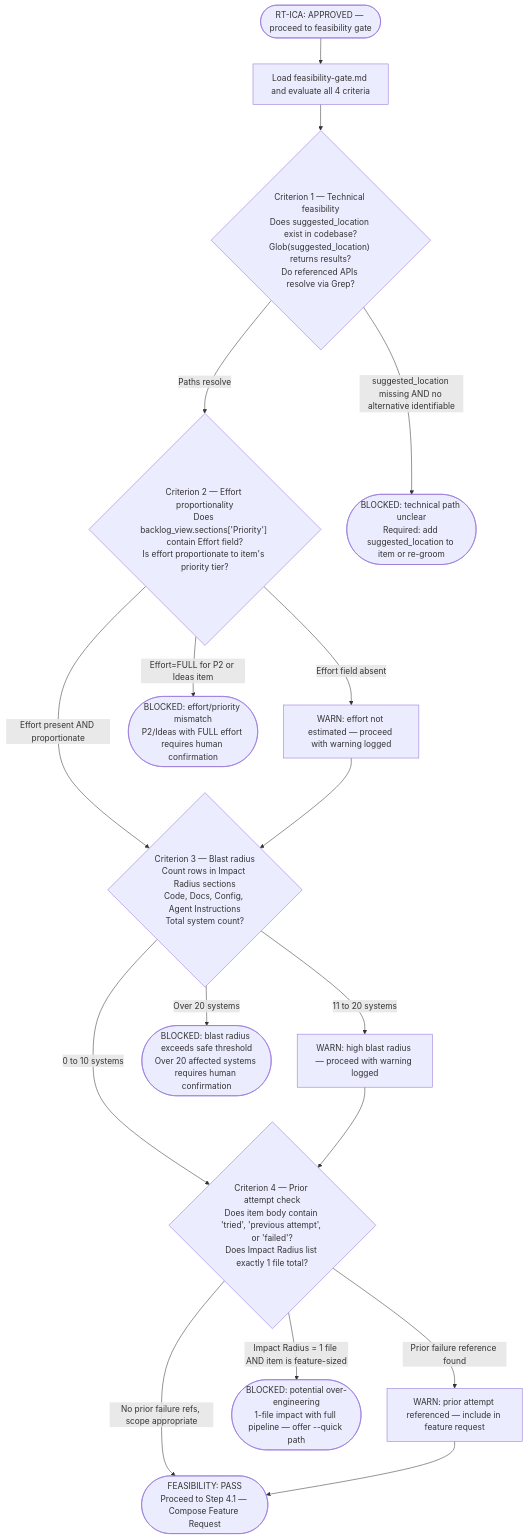
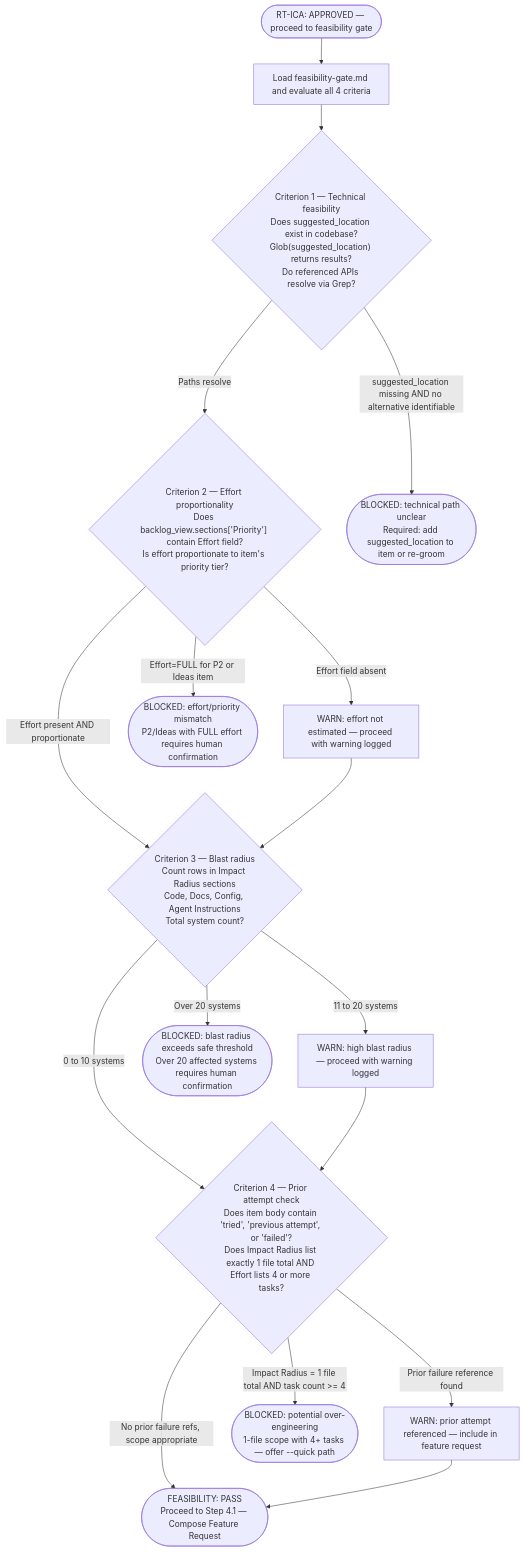
Before and after one commit to chgreer1070/claude_skills: the diagram in plugins/development-harness/skills/work-backlog-item/references/feasibility-gate.md, drawn with Mermaid. The commit also changed other lines of this file and 11 other files, not shown here.

````diff
--- a/plugins/development-harness/skills/work-backlog-item/references/feasibility-gate.md
+++ b/plugins/development-harness/skills/work-backlog-item/references/feasibility-gate.md
@@ -15,26 +15,26 @@
 ```mermaid
 flowchart TD
     RTICAPass(["RT-ICA: APPROVED — proceed to feasibility gate"]) --> Load["Load feasibility-gate.md and evaluate all 4 criteria"]
 
     Load --> C1{"Criterion 1 — Technical feasibility<br>Does suggested_location exist in codebase?<br>Glob(suggested_location) returns results?<br>Do referenced APIs resolve via Grep?"}
     C1 -->|"Paths resolve"| C2
     C1 -->|"suggested_location missing AND no alternative identifiable"| FBlock1(["BLOCKED: technical path unclear<br>Required: add suggested_location to item or re-groom"])
 
     C2{"Criterion 2 — Effort proportionality<br>Does backlog_view.sections['Priority'] contain Effort field?<br>Is effort proportionate to item's priority tier?"}
     C2 -->|"Effort present AND proportionate"| C3
     C2 -->|"Effort field absent"| EffortWarn["WARN: effort not estimated — proceed with warning logged"]
     C2 -->|"Effort=FULL for P2 or Ideas item"| FBlock2(["BLOCKED: effort/priority mismatch<br>P2/Ideas with FULL effort requires human confirmation"])
     EffortWarn --> C3
 
     C3{"Criterion 3 — Blast radius<br>Count rows in Impact Radius sections<br>Code, Docs, Config, Agent Instructions<br>Total system count?"}
     C3 -->|"0 to 10 systems"| C4
     C3 -->|"11 to 20 systems"| RiskWarn["WARN: high blast radius — proceed with warning logged"]
     C3 -->|"Over 20 systems"| FBlock3(["BLOCKED: blast radius exceeds safe threshold<br>Over 20 affected systems requires human confirmation"])
     RiskWarn --> C4
 
-    C4{"Criterion 4 — Prior attempt check<br>Does item body contain 'tried', 'previous attempt', or 'failed'?<br>Does Impact Radius list exactly 1 file total?"}
+    C4{"Criterion 4 — Prior attempt check<br>Does item body contain 'tried', 'previous attempt', or 'failed'?<br>Does Impact Radius list exactly 1 file total AND Effort lists 4 or more tasks?"}
     C4 -->|"No prior failure refs, scope appropriate"| PASS(["FEASIBILITY: PASS<br>Proceed to Step 4.1 — Compose Feature Request"])
     C4 -->|"Prior failure reference found"| AltWarn["WARN: prior attempt referenced — include in feature request"]
-    C4 -->|"Impact Radius = 1 file AND item is feature-sized"| AltBlock(["BLOCKED: potential over-engineering<br>1-file impact with full pipeline — offer --quick path"])
+    C4 -->|"Impact Radius = 1 file total AND task count >= 4"| AltBlock(["BLOCKED: potential over-engineering<br>1-file scope with 4+ tasks — offer --quick path"])
     AltWarn --> PASS
 ```
````
